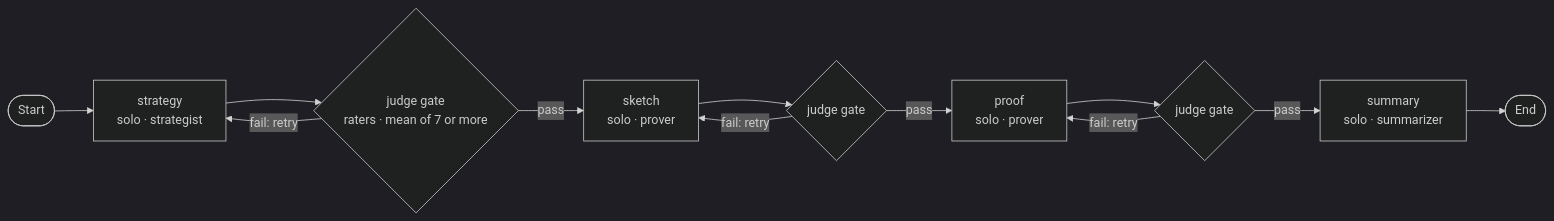
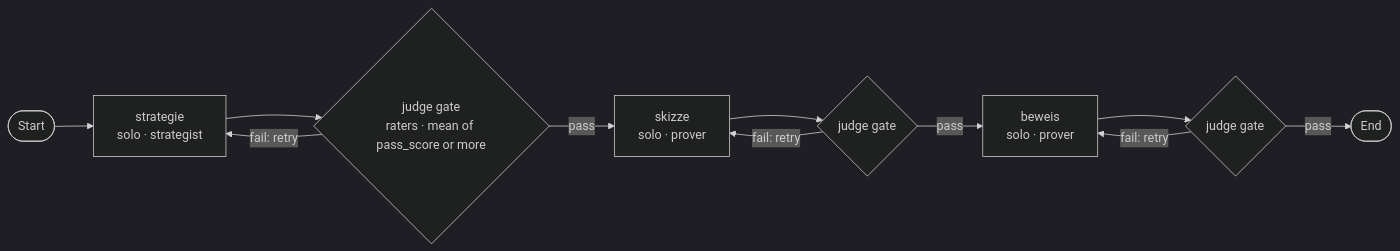
The third of 6 diagrams in docs/research-groups.md (LinoBugia/agentic-research-runner), drawn with Mermaid (dark theme) before and after one commit. The commit also changed other lines of this file and 2 other files, not shown here.

First line of the commit message:
Doku: Start-Skills als Phasen, moderated, privater Kanal

````diff
--- a/docs/research-groups.md
+++ b/docs/research-groups.md
@@ -256,14 +279,13 @@
 ```mermaid
 flowchart LR
-  S(["Start"]) --> A["strategy<br/>solo · strategist"]
-  A --> GA{"judge gate<br/>raters · mean of 7 or more"}
+  S(["Start"]) --> A["strategie<br/>solo · strategist"]
+  A --> GA{"judge gate<br/>raters · mean of pass_score or more"}
   GA -->|"fail: retry"| A
-  GA -->|pass| B["sketch<br/>solo · prover"]
+  GA -->|pass| B["skizze<br/>solo · prover"]
   B --> GB{"judge gate"}
   GB -->|"fail: retry"| B
-  GB -->|pass| C["proof<br/>solo · prover"]
+  GB -->|pass| C["beweis<br/>solo · prover"]
   C --> GC{"judge gate"}
   GC -->|"fail: retry"| C
-  GC -->|pass| Z["summary<br/>solo · summarizer"]
-  Z --> E(["End"])
+  GC -->|pass| E(["End"])
 ```
````
